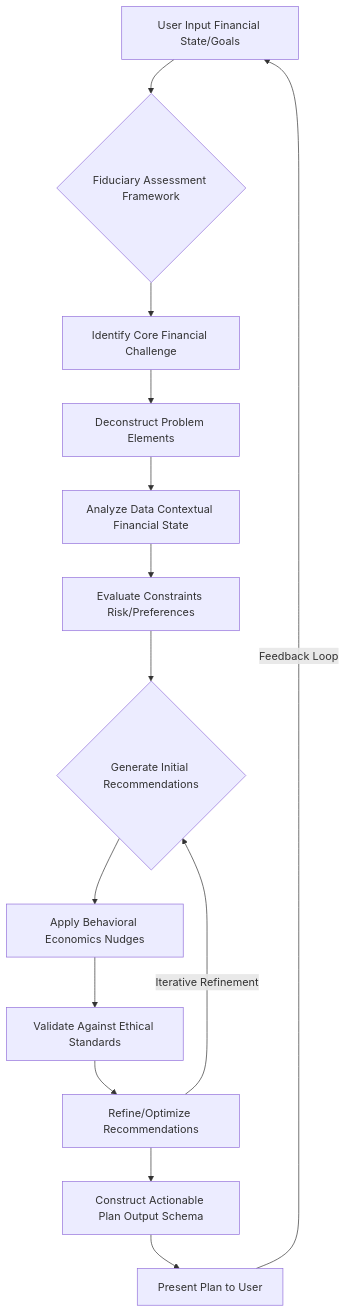
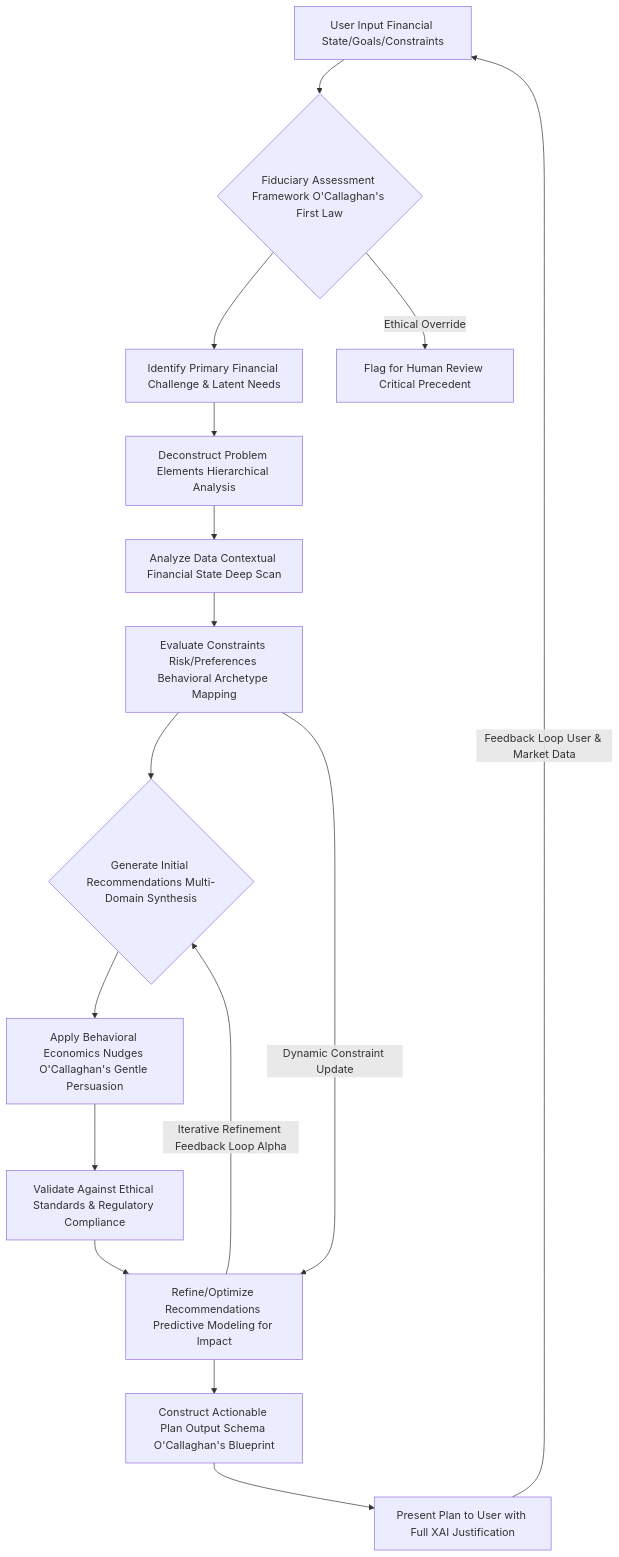
The first of 12 diagrams in inventions/004_ai_financial_plan_for_goals/generative_ai_prompt_template.md (diplomat-bit/Citibank_Demo_Business_Inc_Demonstration-), drawn with Mermaid before and after one commit. The commit also changed other lines of this file, not shown here.

````diff
--- a/inventions/004_ai_financial_plan_for_goals/generative_ai_prompt_template.md
+++ b/inventions/004_ai_financial_plan_for_goals/generative_ai_prompt_template.md
@@ -19,16 +42,18 @@
 ```mermaid
 graph TD
-    A[User Input Financial State/Goals] --> B{Fiduciary Assessment Framework}
-    B --> C[Identify Core Financial Challenge]
-    C --> D[Deconstruct Problem Elements]
-    D --> E[Analyze Data Contextual Financial State]
-    E --> F[Evaluate Constraints Risk/Preferences]
-    F --> G{Generate Initial Recommendations}
-    G --> H[Apply Behavioral Economics Nudges]
-    H --> I[Validate Against Ethical Standards]
-    I --> J[Refine/Optimize Recommendations]
-    J --> K[Construct Actionable Plan Output Schema]
-    K --> L[Present Plan to User]
-    J -- Iterative Refinement --> G
-    L -- Feedback Loop --> A
+    A[User Input Financial State/Goals/Constraints] --> B{Fiduciary Assessment Framework O'Callaghan's First Law}
+    B --> C[Identify Primary Financial Challenge & Latent Needs]
+    C --> D[Deconstruct Problem Elements Hierarchical Analysis]
+    D --> E[Analyze Data Contextual Financial State Deep Scan]
+    E --> F[Evaluate Constraints Risk/Preferences Behavioral Archetype Mapping]
+    F --> G{Generate Initial Recommendations Multi-Domain Synthesis}
+    G --> H[Apply Behavioral Economics Nudges O'Callaghan's Gentle Persuasion]
+    H --> I[Validate Against Ethical Standards & Regulatory Compliance]
+    I --> J[Refine/Optimize Recommendations Predictive Modeling for Impact]
+    J --> K[Construct Actionable Plan Output Schema O'Callaghan's Blueprint]
+    K --> L[Present Plan to User with Full XAI Justification]
+    J -- Iterative Refinement Feedback Loop Alpha --> G
+    L -- Feedback Loop User & Market Data --> A
+    B -- Ethical Override --> Z[Flag for Human Review Critical Precedent]
+    F -- Dynamic Constraint Update --> J
 ```
````
